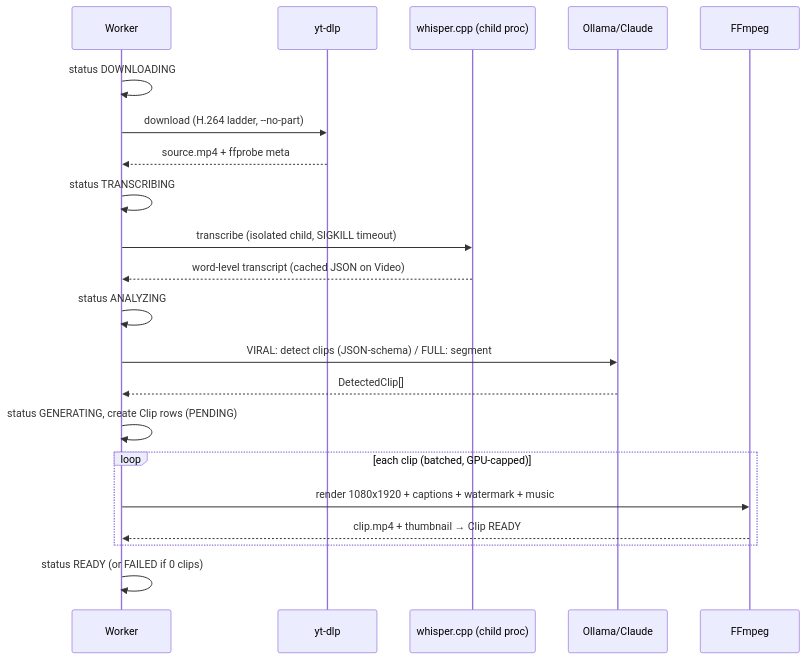
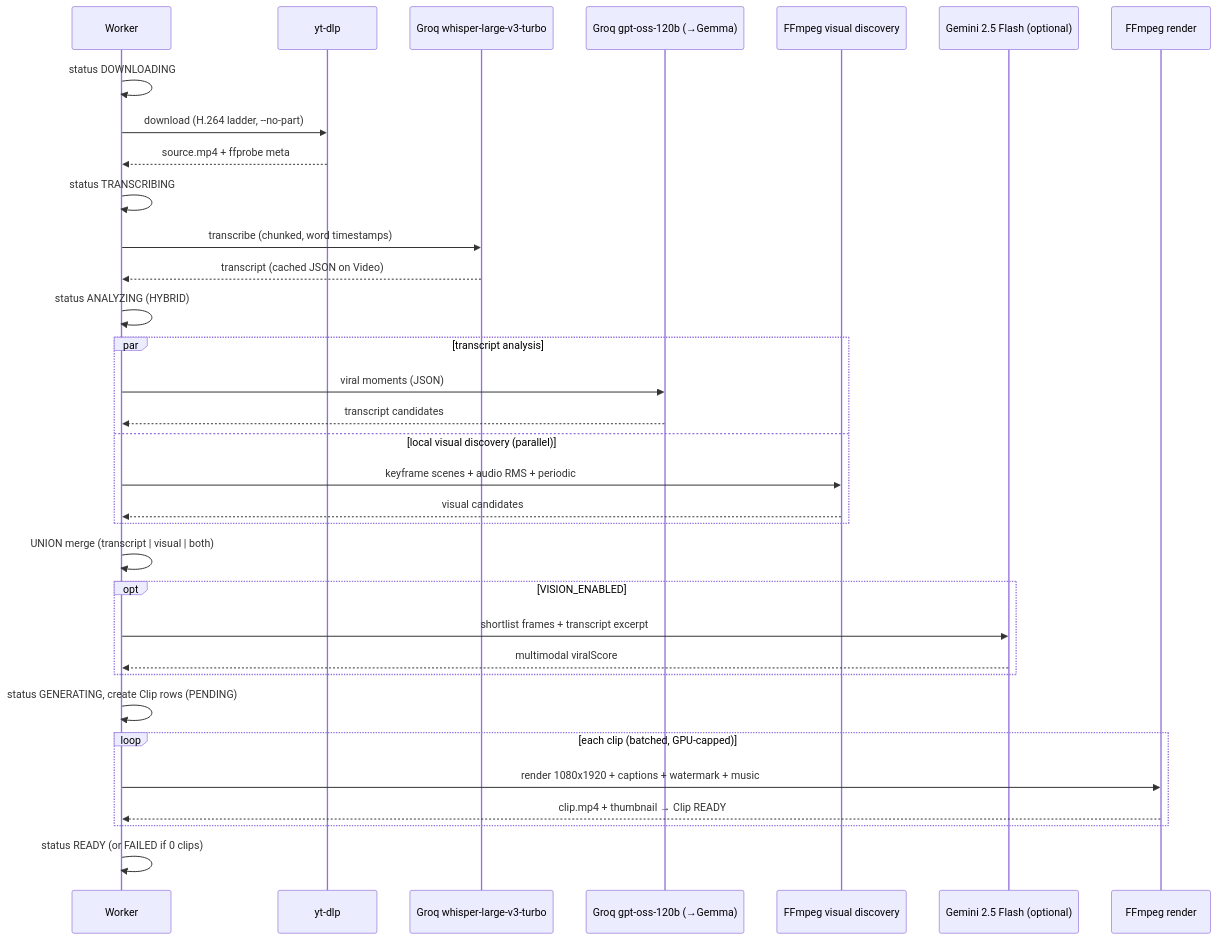
One commit to im-idreesmalik/viral_clip changed the second of 6 diagrams in docs/WORKFLOWS.md. Above: the diagram before and after it, drawn with Mermaid. The commit also changed other lines of this file, not shown here.

First line of the commit message:
Docs: update WORKFLOWS for hybrid detection + explicit model names

````diff
--- a/docs/WORKFLOWS.md
+++ b/docs/WORKFLOWS.md
@@ -76,23 +97,35 @@
 ```mermaid
 sequenceDiagram
   participant W as Worker
   participant DL as yt-dlp
-  participant STT as whisper.cpp (child proc)
-  participant AI as Ollama/Claude
-  participant FF as FFmpeg
+  participant STT as Groq whisper-large-v3-turbo
+  participant AN as Groq gpt-oss-120b (→Gemma)
+  participant VIS as FFmpeg visual discovery
+  participant VZ as Gemini 2.5 Flash (optional)
+  participant FF as FFmpeg render
   W->>W: status DOWNLOADING
   W->>DL: download (H.264 ladder, --no-part)
   DL-->>W: source.mp4 + ffprobe meta
   W->>W: status TRANSCRIBING
-  W->>STT: transcribe (isolated child, SIGKILL timeout)
-  STT-->>W: word-level transcript (cached JSON on Video)
-  W->>W: status ANALYZING
-  W->>AI: VIRAL: detect clips (JSON-schema) / FULL: segment
-  AI-->>W: DetectedClip[]
+  W->>STT: transcribe (chunked, word timestamps)
+  STT-->>W: transcript (cached JSON on Video)
+  W->>W: status ANALYZING (HYBRID)
+  par transcript analysis
+    W->>AN: viral moments (JSON)
+    AN-->>W: transcript candidates
+  and local visual discovery (parallel)
+    W->>VIS: keyframe scenes + audio RMS + periodic
+    VIS-->>W: visual candidates
+  end
+  W->>W: UNION merge (transcript | visual | both)
+  opt VISION_ENABLED
+    W->>VZ: shortlist frames + transcript excerpt
+    VZ-->>W: multimodal viralScore
+  end
   W->>W: status GENERATING, create Clip rows (PENDING)
   loop each clip (batched, GPU-capped)
     W->>FF: render 1080x1920 + captions + watermark + music
     FF-->>W: clip.mp4 + thumbnail → Clip READY
   end
   W->>W: status READY (or FAILED if 0 clips)
 ```
````
